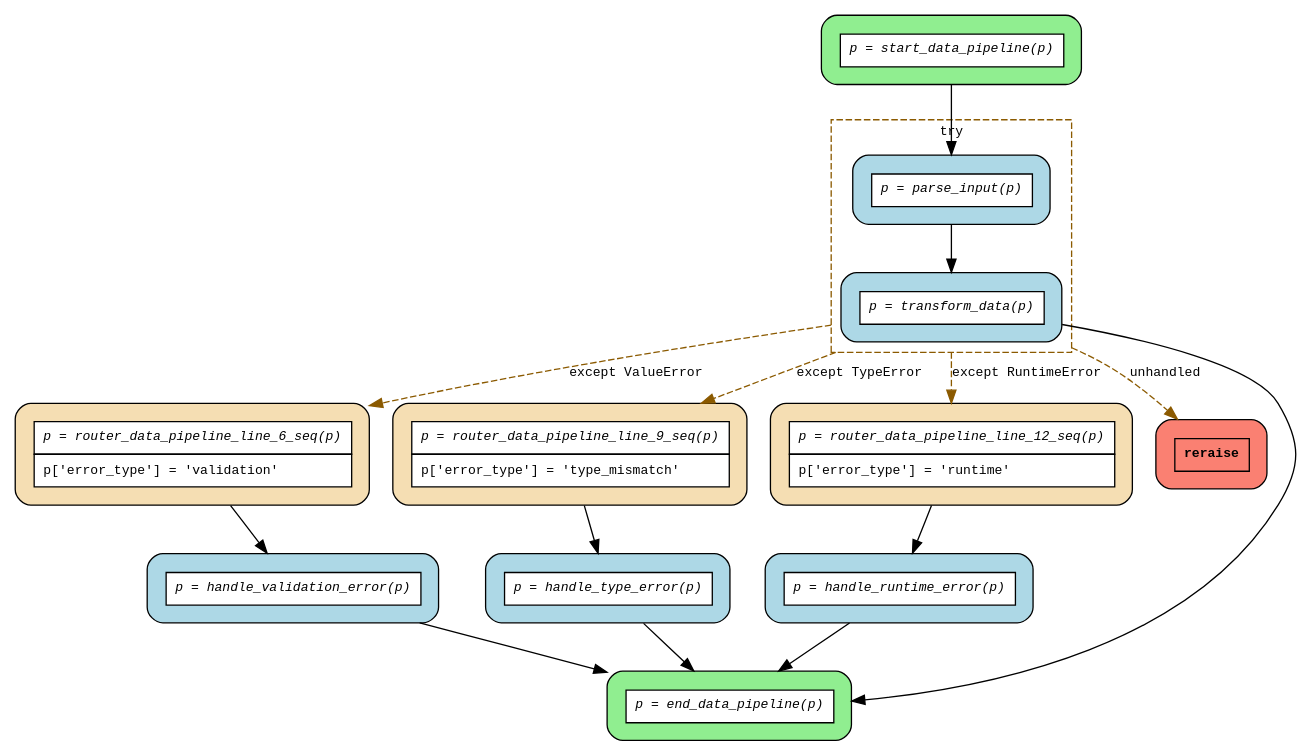
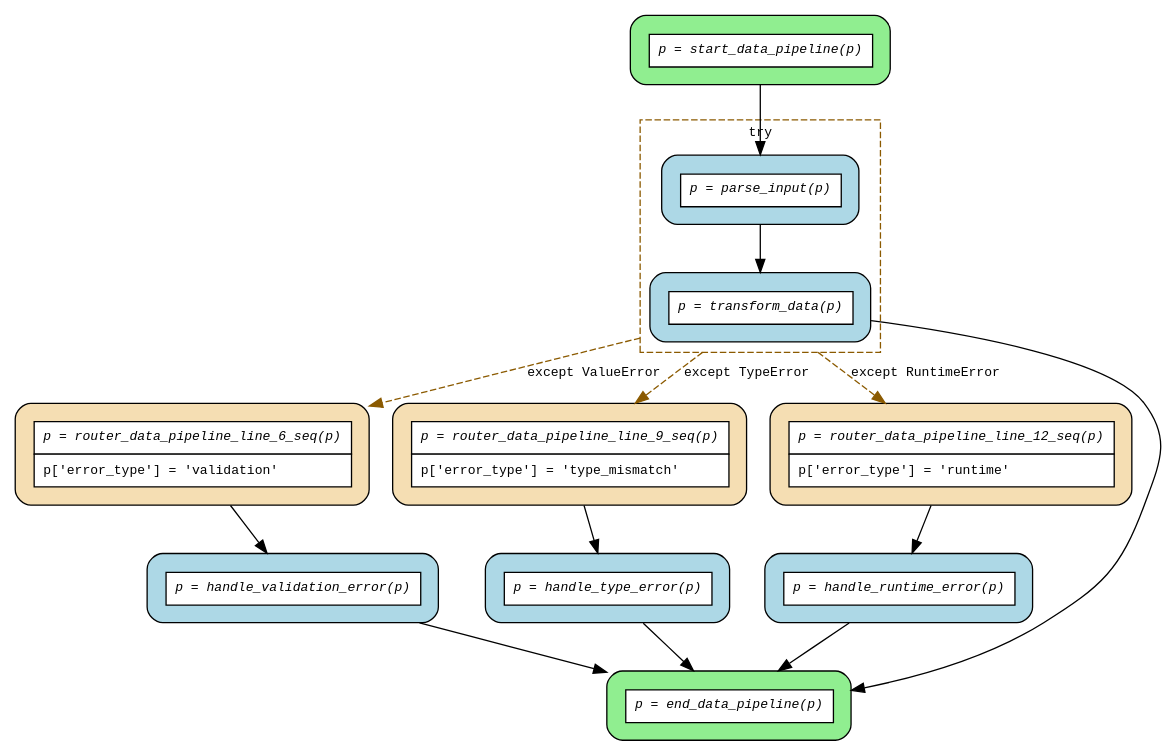
The diagram in examples/flows/compiled/try_except_multiple_handlers/flow.dot (deliveryhero/asya), drawn with Graphviz before and after one commit. The commit also changed 10 other files, not shown here.

First line of the commit message:
feat(flow): remove reraise from DOT, add retry loop example

```diff
--- a/examples/flows/compiled/try_except_multiple_handlers/flow.dot
+++ b/examples/flows/compiled/try_except_multiple_handlers/flow.dot
@@ -1,40 +1,38 @@
 digraph flow {
   rankdir=TB;
   compound=true;
   graph [fontname="Courier", fontsize=10];
   node [fontname="Courier", fontsize=10, shape=box, style="filled,rounded", margin="0.2"];
   edge [fontname="Courier", fontsize=10];
 
   start_data_pipeline [fillcolor="lightgreen", label=<<table border="0" cellspacing="0" cellpadding="6" cellborder="1"><tr><td bgcolor="white" align="center"><i>p = start_data_pipeline(p)</i></td></tr></table>>];
   router_data_pipeline_line_6_seq [fillcolor="wheat", label=<<table border="0" cellspacing="0" cellpadding="6" cellborder="1"><tr><td bgcolor="white" align="center"><i>p = router_data_pipeline_line_6_seq(p)</i></td></tr><tr><td bgcolor="white" align="left">p['error_type'] = 'validation'</td></tr></table>>];
   router_data_pipeline_line_9_seq [fillcolor="wheat", label=<<table border="0" cellspacing="0" cellpadding="6" cellborder="1"><tr><td bgcolor="white" align="center"><i>p = router_data_pipeline_line_9_seq(p)</i></td></tr><tr><td bgcolor="white" align="left">p['error_type'] = 'type_mismatch'</td></tr></table>>];
   router_data_pipeline_line_12_seq [fillcolor="wheat", label=<<table border="0" cellspacing="0" cellpadding="6" cellborder="1"><tr><td bgcolor="white" align="center"><i>p = router_data_pipeline_line_12_seq(p)</i></td></tr><tr><td bgcolor="white" align="left">p['error_type'] = 'runtime'</td></tr></table>>];
-  router_data_pipeline_line_2_reraise_0 [fillcolor="salmon", label=<<table border="0" cellspacing="0" cellpadding="6" cellborder="1"><tr><td bgcolor="salmon"><b>reraise</b></td></tr></table>>];
   end_data_pipeline [fillcolor="lightgreen", label=<<table border="0" cellspacing="0" cellpadding="6" cellborder="1"><tr><td bgcolor="white" align="center"><i>p = end_data_pipeline(p)</i></td></tr></table>>];
   handle_runtime_error [fillcolor="lightblue", label=<<table border="0" cellspacing="0" cellpadding="6" cellborder="1"><tr><td bgcolor="white" align="center"><i>p = handle_runtime_error(p)</i></td></tr></table>>];
   handle_type_error [fillcolor="lightblue", label=<<table border="0" cellspacing="0" cellpadding="6" cellborder="1"><tr><td bgcolor="white" align="center"><i>p = handle_type_error(p)</i></td></tr></table>>];
   handle_validation_error [fillcolor="lightblue", label=<<table border="0" cellspacing="0" cellpadding="6" cellborder="1"><tr><td bgcolor="white" align="center"><i>p = handle_validation_error(p)</i></td></tr></table>>];
   subgraph cluster_try_0 {
     style=dashed;
     color="orange4";
     fontname="Courier";
     fontsize=10;
     label="try";
     parse_input [fillcolor="lightblue", label=<<table border="0" cellspacing="0" cellpadding="6" cellborder="1"><tr><td bgcolor="white" align="center"><i>p = parse_input(p)</i></td></tr></table>>];
     transform_data [fillcolor="lightblue", label=<<table border="0" cellspacing="0" cellpadding="6" cellborder="1"><tr><td bgcolor="white" align="center"><i>p = transform_data(p)</i></td></tr></table>>];
   }
 
   handle_runtime_error -> end_data_pipeline;
   handle_type_error -> end_data_pipeline;
   handle_validation_error -> end_data_pipeline;
   parse_input -> transform_data;
   router_data_pipeline_line_12_seq -> handle_runtime_error;
   router_data_pipeline_line_6_seq -> handle_validation_error;
   router_data_pipeline_line_9_seq -> handle_type_error;
   start_data_pipeline -> parse_input;
   transform_data -> end_data_pipeline;
   transform_data -> router_data_pipeline_line_12_seq [ltail=cluster_try_0, color=orange4, style=dashed, label="except RuntimeError"];
-  transform_data -> router_data_pipeline_line_2_reraise_0 [ltail=cluster_try_0, color=orange4, style=dashed, label="unhandled"];
   transform_data -> router_data_pipeline_line_6_seq [ltail=cluster_try_0, color=orange4, style=dashed, label="except ValueError"];
   transform_data -> router_data_pipeline_line_9_seq [ltail=cluster_try_0, color=orange4, style=dashed, label="except TypeError"];
 }
```
